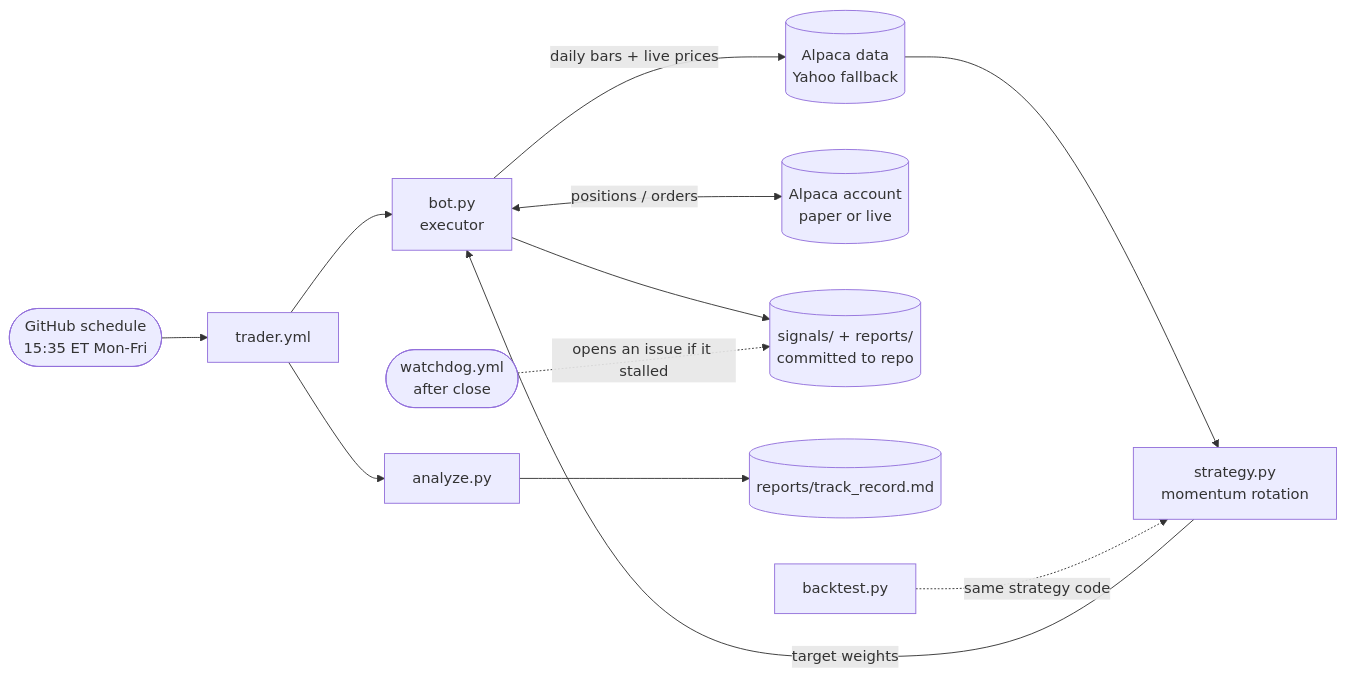
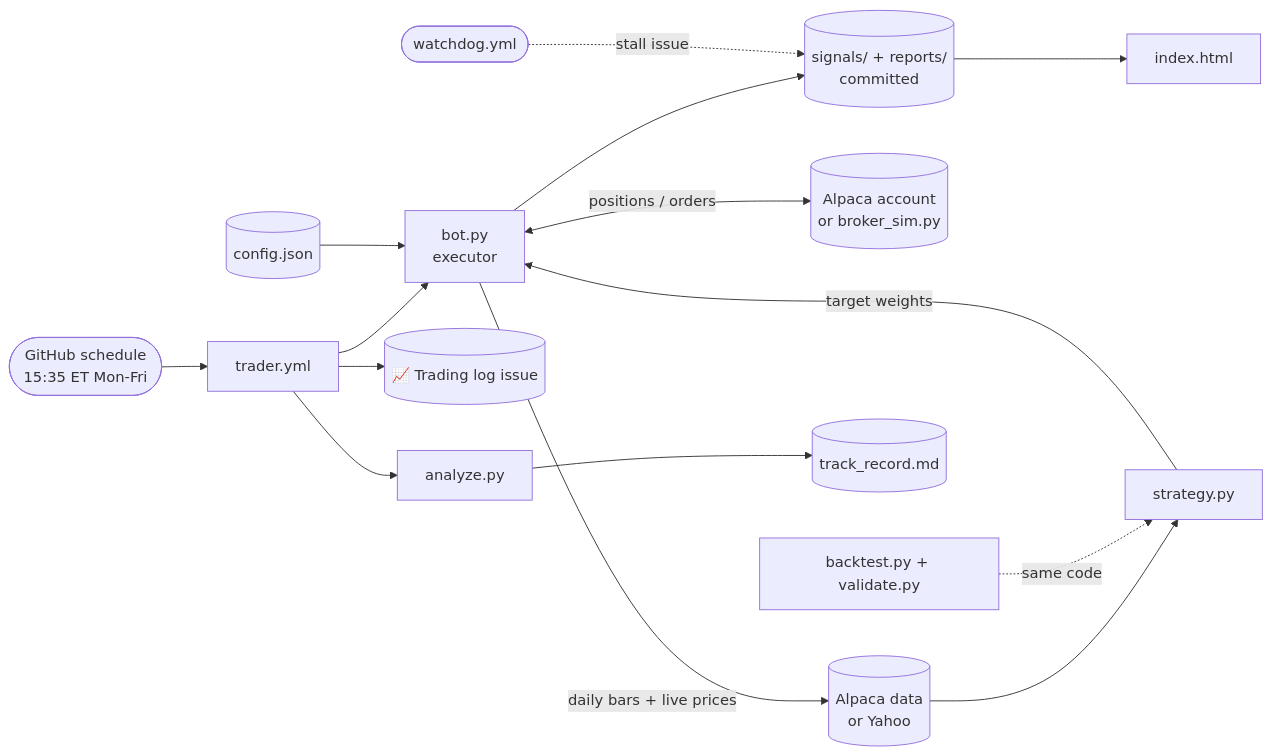
Before and after one commit to caleblschulte0-ux/schwab-trader: the diagram in README.md, drawn with Mermaid. The commit also changed other lines of this file and 29 other files, not shown here.

````diff
--- a/README.md
+++ b/README.md
@@ -33,13 +33,16 @@
 ```mermaid
 flowchart LR
     S([GitHub schedule<br/>15:35 ET Mon-Fri]) --> T[trader.yml]
     T --> B[bot.py<br/>executor]
-    B -->|daily bars + live prices| D[(Alpaca data<br/>Yahoo fallback)]
-    D --> ST[strategy.py<br/>momentum rotation]
+    C[(config.json)] --> B
+    B -->|daily bars + live prices| D[(Alpaca data<br/>or Yahoo)]
+    D --> ST[strategy.py]
     ST -->|target weights| B
-    B <-->|positions / orders| A[(Alpaca account<br/>paper or live)]
-    B --> F[(signals/ + reports/<br/>committed to repo)]
-    T --> AN[analyze.py] --> TR[(reports/track_record.md)]
-    W([watchdog.yml<br/>after close]) -.->|opens an issue if it stalled| F
-    BT[backtest.py] -.->|same strategy code| ST
+    B <-->|positions / orders| A[(Alpaca account<br/>or broker_sim.py)]
+    B --> F[(signals/ + reports/<br/>committed)]
+    T --> AN[analyze.py] --> TR[(track_record.md)]
+    T --> I[(📈 Trading log issue)]
+    F --> DASH[index.html]
+    W([watchdog.yml]) -.->|stall issue| F
+    BT[backtest.py + validate.py] -.->|same code| ST
 ```
````
